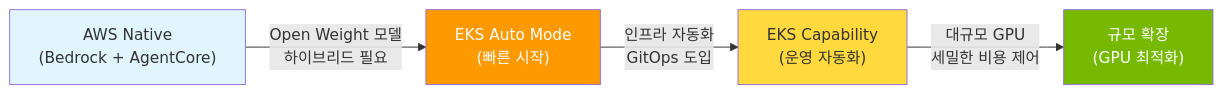
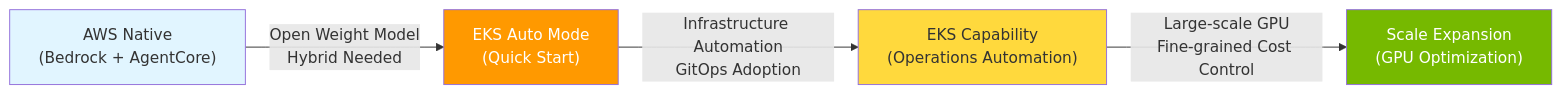
Before and after one commit to devfloor9/engineering-playbook: the ninth of 9 diagrams in docs/agentic-ai-platform/design-architecture/platform-selection/agentic-ai-solutions-eks.md, drawn with Mermaid. The commit also changed other lines of this file and 954 other files, not shown here.

````diff
--- a/docs/agentic-ai-platform/design-architecture/platform-selection/agentic-ai-solutions-eks.md
+++ b/docs/agentic-ai-platform/design-architecture/platform-selection/agentic-ai-solutions-eks.md
@@ -537,16 +535,16 @@
 ```mermaid
 graph LR
     START["AWS Native<br/>(Bedrock + AgentCore)"]
-    AUTO["EKS Auto Mode<br/>(빠른 시작)"]
-    CAP["EKS Capability<br/>(운영 자동화)"]
-    SCALE["규모 확장<br/>(GPU 최적화)"]
+    AUTO["EKS Auto Mode<br/>(Quick Start)"]
+    CAP["EKS Capability<br/>(Operations Automation)"]
+    SCALE["Scale Expansion<br/>(GPU Optimization)"]
 
-    START -->|"Open Weight 모델<br/>하이브리드 필요"| AUTO
-    AUTO -->|"인프라 자동화<br/>GitOps 도입"| CAP
-    CAP -->|"대규모 GPU<br/>세밀한 비용 제어"| SCALE
+    START -->|"Open Weight Model<br/>Hybrid Needed"| AUTO
+    AUTO -->|"Infrastructure Automation<br/>GitOps Adoption"| CAP
+    CAP -->|"Large-scale GPU<br/>Fine-grained Cost Control"| SCALE
 
     style START fill:#e1f5ff
     style AUTO fill:#ff9900,color:#fff
     style CAP fill:#ffd93d
     style SCALE fill:#76b900,color:#fff
 ```
````
